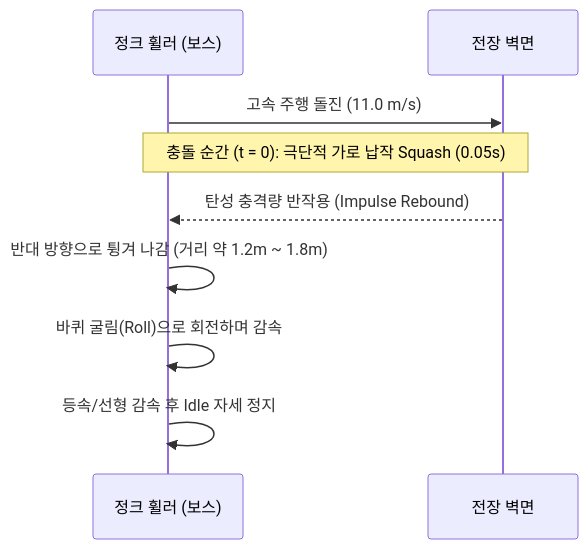
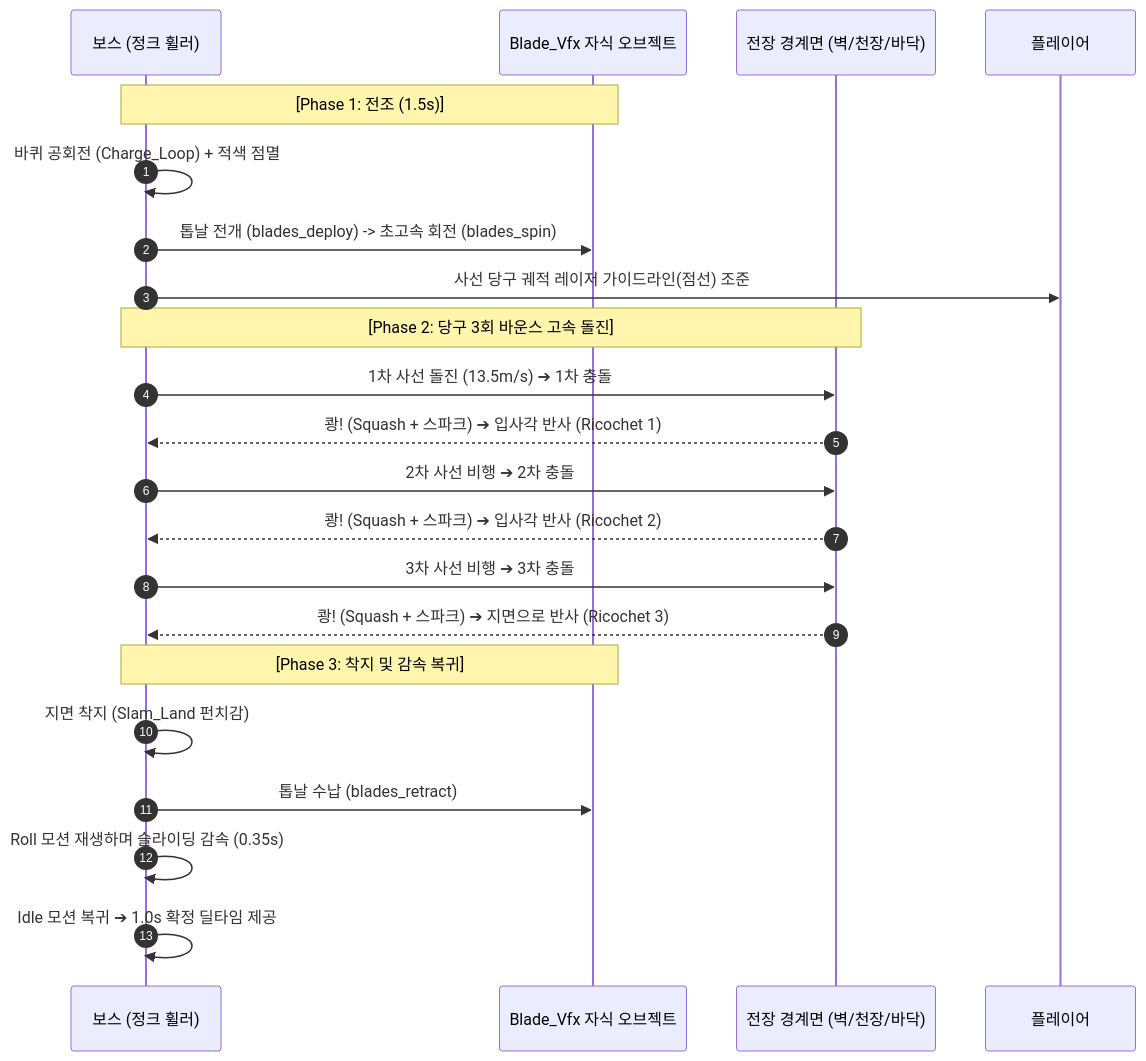
The first of 2 diagrams in Assets/KKH/06.Document/1Boss_Robot_모션_및_피직스_개선안.md (Kimdoeon52/2026_Com2us_Project), drawn with Mermaid before and after one commit. The commit also changed other lines of this file and 25 other files, not shown here.

````diff
--- a/Assets/KKH/06.Document/1Boss_Robot_모션_및_피직스_개선안.md
+++ b/Assets/KKH/06.Document/1Boss_Robot_모션_및_피직스_개선안.md
@@ -64,12 +109,27 @@
 ```mermaid
 sequenceDiagram
-    participant Boss as 정크 휠러 (보스)
-    participant Wall as 전장 벽면
-    
-    Boss->>Wall: 고속 주행 돌진 (11.0 m/s)
-    Note over Boss,Wall: 충돌 순간 (t = 0): 극단적 가로 납작 Squash (0.05s)
-    Wall-->>Boss: 탄성 충격량 반작용 (Impulse Rebound)
-    Boss->>Boss: 반대 방향으로 튕겨 나감 (거리 약 1.2m ~ 1.8m)
-    Boss->>Boss: 바퀴 굴림(Roll)으로 회전하며 감속
-    Boss->>Boss: 등속/선형 감속 후 Idle 자세 정지
+    autonumber
+    participant Boss as 보스 (정크 휠러)
+    participant Blade as Blade_Vfx 자식 오브젝트
+    participant Boundary as 전장 경계면 (벽/천장/바닥)
+    participant Player as 플레이어
+
+    Note over Boss,Blade: [Phase 1: 전조 (1.5s)]
+    Boss->>Boss: 바퀴 공회전 (Charge_Loop) + 적색 점멸
+    Boss->>Blade: 톱날 전개 (blades_deploy) -> 초고속 회전 (blades_spin)
+    Boss->>Player: 사선 당구 궤적 레이저 가이드라인(점선) 조준
+
+    Note over Boss,Boundary: [Phase 2: 당구 3회 바운스 고속 돌진]
+    Boss->>Boundary: 1차 사선 돌진 (13.5m/s) ➔ 1차 충돌
+    Boundary-->>Boss: 쾅! (Squash + 스파크) ➔ 입사각 반사 (Ricochet 1)
+    Boss->>Boundary: 2차 사선 비행 ➔ 2차 충돌
+    Boundary-->>Boss: 쾅! (Squash + 스파크) ➔ 입사각 반사 (Ricochet 2)
+    Boss->>Boundary: 3차 사선 비행 ➔ 3차 충돌
+    Boundary-->>Boss: 쾅! (Squash + 스파크) ➔ 지면으로 반사 (Ricochet 3)
+
+    Note over Boss,Blade: [Phase 3: 착지 및 감속 복귀]
+    Boss->>Boss: 지면 착지 (Slam_Land 펀치감)
+    Boss->>Blade: 톱날 수납 (blades_retract)
+    Boss->>Boss: Roll 모션 재생하며 슬라이딩 감속 (0.35s)
+    Boss->>Boss: Idle 모션 복귀 ➔ 1.0s 확정 딜타임 제공
 ```
````
